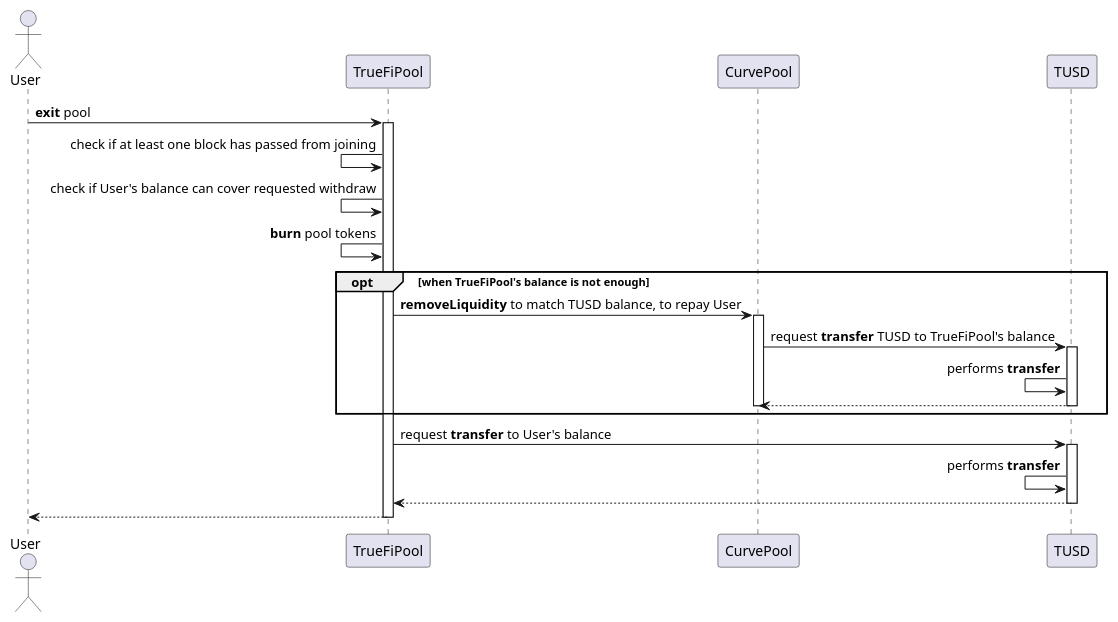
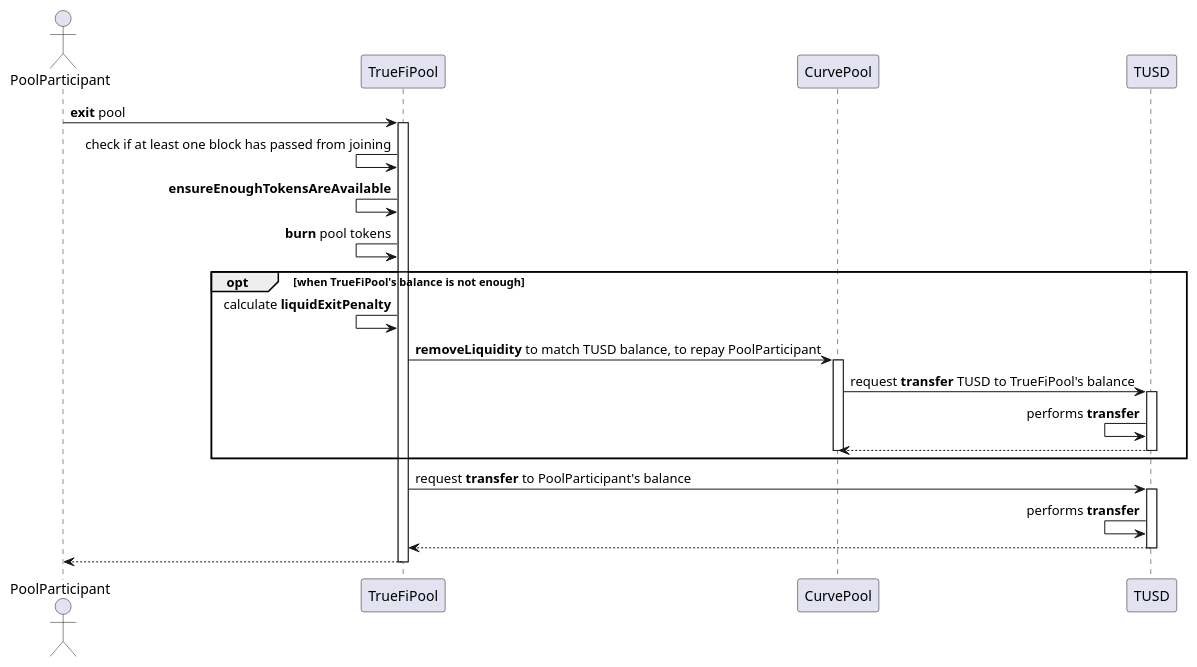
The diagram in contracts/truefi/docs/UsersInteractions/poolLiquidExit_sequence.puml (yuchennil/smart-contracts), drawn with PlantUML before and after one commit. The commit also changed 6 other files, not shown here.

Commit message:
Add general flow diagram

```diff
--- a/contracts/truefi/docs/UsersInteractions/poolLiquidExit_sequence.puml
+++ b/contracts/truefi/docs/UsersInteractions/poolLiquidExit_sequence.puml
@@ -1,35 +1,37 @@
 @startuml liquidExitingPool
-actor User
+actor PoolParticipant
 
-User -> TrueFiPool : **exit** pool
+PoolParticipant -> TrueFiPool : **exit** pool
 activate TrueFiPool
 
 TrueFiPool <- TrueFiPool: check if at least one block has passed from joining
-TrueFiPool <- TrueFiPool: check if User's balance can cover requested withdraw
+TrueFiPool <- TrueFiPool: **ensureEnoughTokensAreAvailable**
 TrueFiPool <- TrueFiPool: **burn** pool tokens
+
 
 opt when TrueFiPool's balance is not enough
 
-    TrueFiPool -> CurvePool: **removeLiquidity** to match TUSD balance, to repay User
+    TrueFiPool <- TrueFiPool: calculate **liquidExitPenalty**
+    TrueFiPool -> CurvePool: **removeLiquidity** to match TUSD balance, to repay PoolParticipant
 
     activate CurvePool
     CurvePool -> TUSD: request **transfer** TUSD to TrueFiPool's balance
     
     activate TUSD
     TUSD <- TUSD: performs **transfer**
     CurvePool <-- TUSD
     deactivate TUSD
 
     deactivate CurvePool
     end
 
-TrueFiPool -> TUSD: request **transfer** to User's balance
+TrueFiPool -> TUSD: request **transfer** to PoolParticipant's balance
 
 activate TUSD
 TUSD <- TUSD: performs **transfer**
 TrueFiPool <-- TUSD
 deactivate TUSD
 
-User <-- TrueFiPool
+PoolParticipant <-- TrueFiPool
 deactivate TrueFiPool
 @enduml
```
